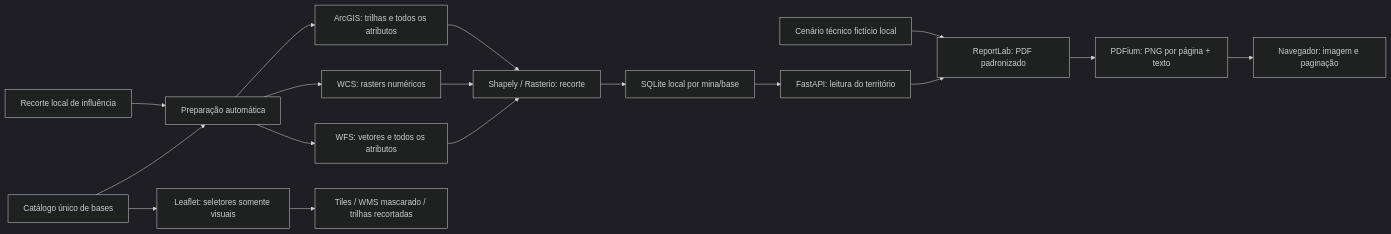
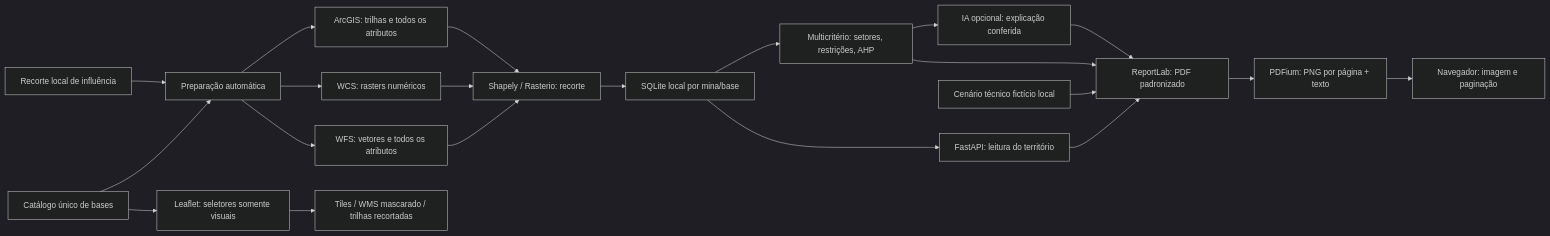
Before and after one commit to Rafael-Inacio-Silva/Geo_Vale: the diagram in docs/ARQUITETURA.md, drawn with Mermaid (dark theme). The commit also changed other lines of this file and 32 other files, not shown here.

````diff
--- a/docs/ARQUITETURA.md
+++ b/docs/ARQUITETURA.md
@@ -3,19 +3,23 @@
 ```mermaid
 flowchart LR
     C[Catálogo único de bases] --> P[Preparação automática]
     R[Recorte local de influência] --> P
     P --> W[WFS: vetores e todos os atributos]
     P --> T[WCS: rasters numéricos]
     P --> G[ArcGIS: trilhas e todos os atributos]
     W --> X[Shapely / Rasterio: recorte]
     T --> X
     G --> X
     X --> B[SQLite local por mina/base]
     B --> A[FastAPI: leitura do território]
     A --> U[ReportLab: PDF padronizado]
     S[Cenário técnico fictício local] --> U
+    B --> M[Multicritério: setores, restrições, AHP]
+    M --> U
+    M --> L[IA opcional: explicação conferida]
+    L --> U
     U --> J[PDFium: PNG por página + texto]
     J --> N[Navegador: imagem e paginação]
     C --> V[Leaflet: seletores somente visuais]
     V --> F[Tiles / WMS mascarado / trilhas recortadas]
 ```
````
